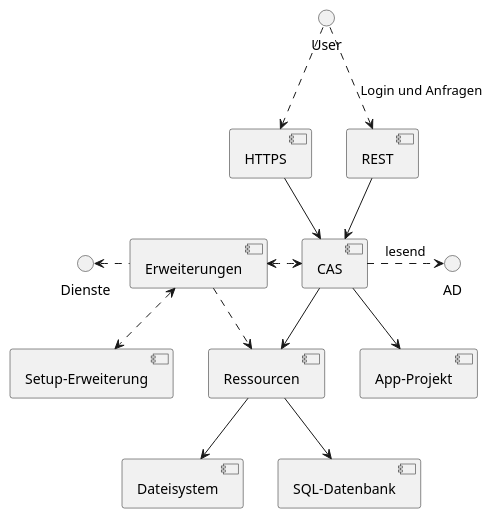
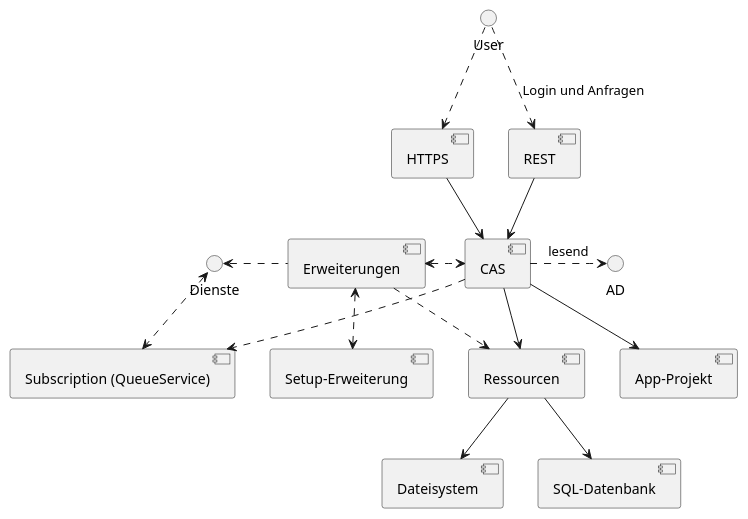
Before and after one commit to minova-afis/aero.minova.cas: the diagram in doc/adoc/structure.adoc, drawn with PlantUML.

Commit message:
Struktur anpassen

```diff
--- a/doc/adoc/structure.adoc
+++ b/doc/adoc/structure.adoc
@@ -7,18 +7,20 @@
 [plantuml, format="svg"]
 ....
 @startuml
 User ..> [HTTPS]
 User ..> [REST]: Login und Anfragen
 [HTTPS] --> [CAS]
 [REST] --> [CAS]
 [CAS] .right.> AD: lesend
 [CAS] --> [Ressourcen]
 [Ressourcen] --> [Dateisystem]
 [Ressourcen] --> [SQL-Datenbank]
 [CAS] <.left.> [Erweiterungen]
 [CAS] --> [App-Projekt]
 [Erweiterungen] <.down.> [Setup-Erweiterung]
+[CAS] .down.> [Subscription (QueueService)]
 [Erweiterungen] .left.> Dienste
+[Subscription (QueueService)] <.left.> Dienste
 [Erweiterungen] ..> [Ressourcen]
 @enduml
 ....
```
